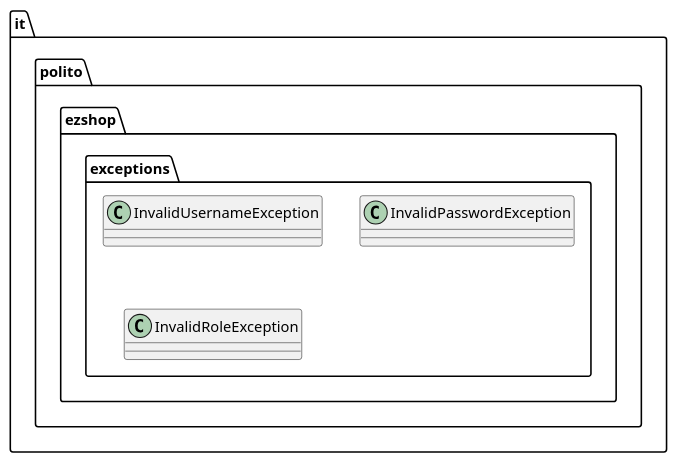
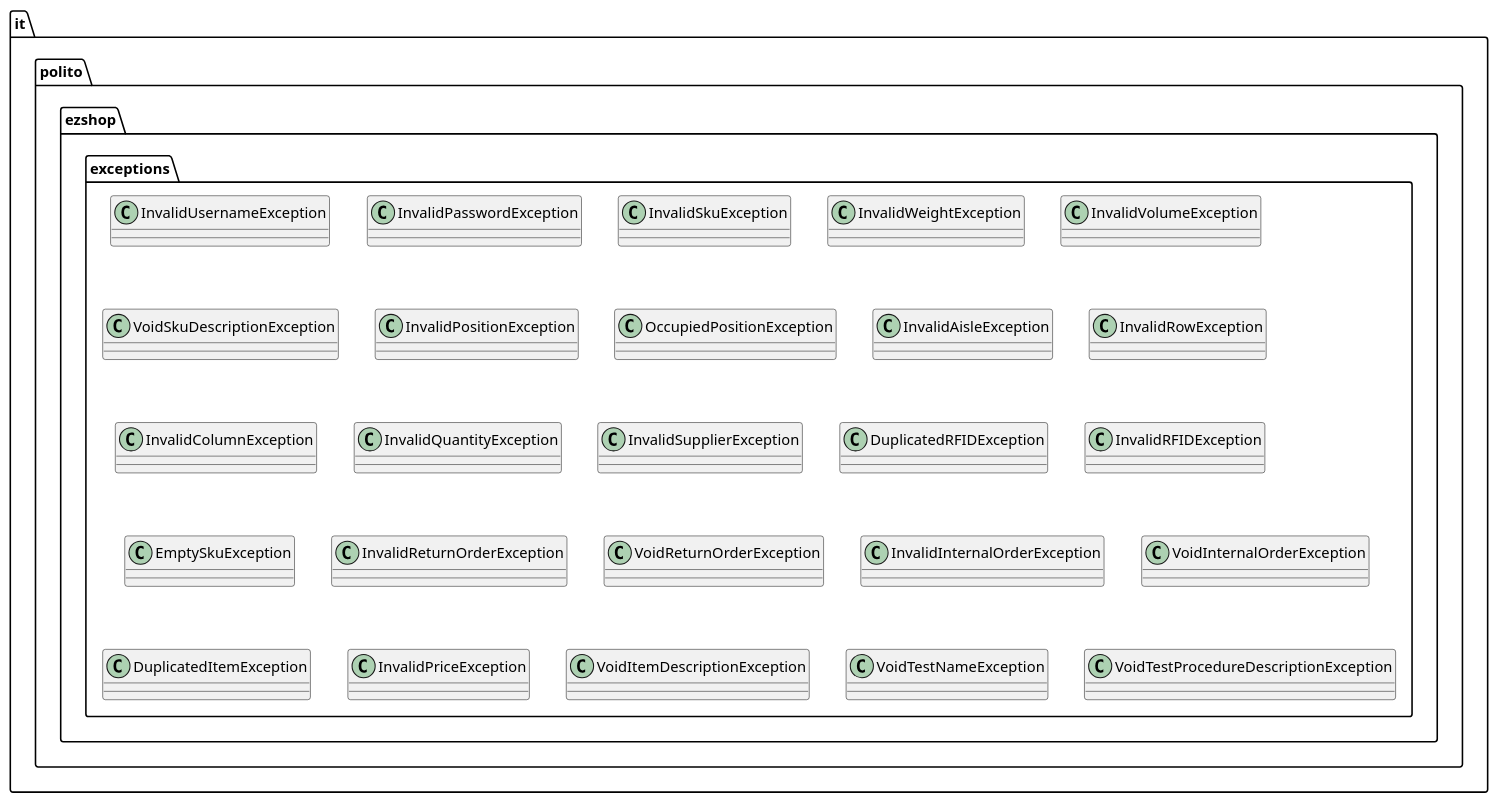
Before and after one commit to kevinmascitti/Warehouse-management-software: the third of 28 diagrams in DesignDocument.md, drawn with PlantUML. The commit also changed other lines of this file, not shown here.

Commit message:
exceptions

````diff
--- a/DesignDocument.md
+++ b/DesignDocument.md
@@ -69,10 +69,31 @@
 ```plantuml
 @startuml
 package "it.polito.ezshop.exceptions" {
     class InvalidUsernameException
     class InvalidPasswordException
-    class InvalidRoleException
-    
+    class InvalidSkuException
+    class InvalidWeightException
+    class InvalidVolumeException
+    class VoidSkuDescriptionException
+    class InvalidPositionException
+    class OccupiedPositionException
+    class InvalidAisleException
+    class InvalidRowException
+    class InvalidColumnException
+    class InvalidQuantityException
+    class InvalidSupplierException
+    class DuplicatedRFIDException
+    class InvalidRFIDException
+    class EmptySkuException
+    class InvalidReturnOrderException
+    class VoidReturnOrderException
+    class InvalidInternalOrderException
+    class VoidInternalOrderException
+    class DuplicatedItemException
+    class InvalidPriceException
+    class VoidItemDescriptionException
+    class VoidTestNameException
+    class VoidTestProcedureDescriptionException
 }
 
 ```
````
